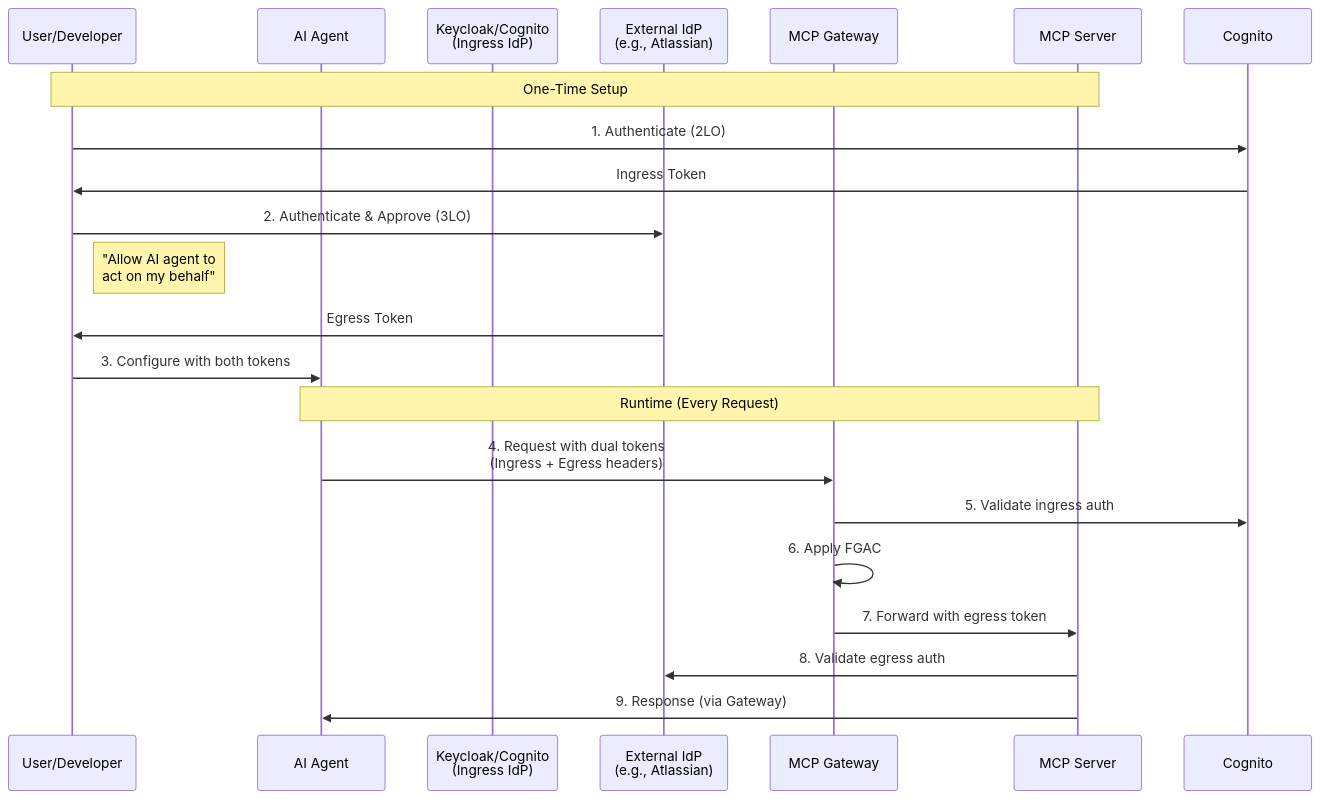
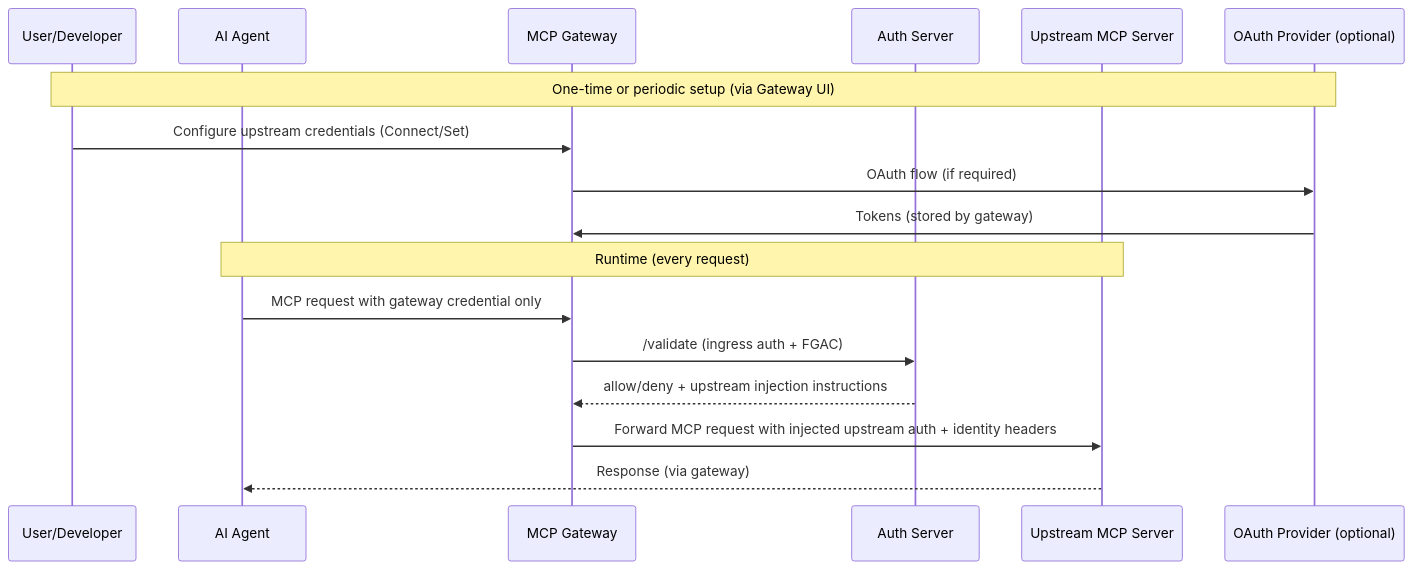
The diagram in docs/auth.md (agentic-community/mcp-gateway-registry), drawn with Mermaid before and after one commit. The commit also changed other lines of this file and 10 other files, not shown here.

````diff
--- a/docs/auth.md
+++ b/docs/auth.md
@@ -347,29 +328,21 @@
 ```mermaid
 sequenceDiagram
     participant User as User/Developer
     participant Agent as AI Agent
-    participant Auth as Keycloak/Cognito<br/>(Ingress IdP)
-    participant ExtIdP as External IdP<br/>(e.g., Atlassian)
     participant Gateway as MCP Gateway
-    participant MCPServer as MCP Server
-    
-    Note over User,MCPServer: One-Time Setup
-    
-    User->>Cognito: 1. Authenticate (2LO)
-    Cognito->>User: Ingress Token
-    
-    User->>ExtIdP: 2. Authenticate & Approve (3LO)
-    Note right of User: "Allow AI agent to<br/>act on my behalf"
-    ExtIdP->>User: Egress Token
-    
-    User->>Agent: 3. Configure with both tokens
-    
-    Note over Agent,MCPServer: Runtime (Every Request)
-    
-    Agent->>Gateway: 4. Request with dual tokens<br/>(Ingress + Egress headers)
-    Gateway->>Cognito: 5. Validate ingress auth
-    Gateway->>Gateway: 6. Apply FGAC
-    Gateway->>MCPServer: 7. Forward with egress token
-    MCPServer->>ExtIdP: 8. Validate egress auth
-    MCPServer->>Agent: 9. Response (via Gateway)
+    participant AuthServer as Auth Server
+    participant Upstream as Upstream MCP Server
+    participant Provider as OAuth Provider (optional)
+
+    Note over User,Provider: One-time or periodic setup (via Gateway UI)
+    User->>Gateway: Configure upstream credentials (Connect/Set)
+    Gateway->>Provider: OAuth flow (if required)
+    Provider->>Gateway: Tokens (stored by gateway)
+
+    Note over Agent,Upstream: Runtime (every request)
+    Agent->>Gateway: MCP request with gateway credential only
+    Gateway->>AuthServer: /validate (ingress auth + FGAC)
+    AuthServer-->>Gateway: allow/deny + upstream injection instructions
+    Gateway->>Upstream: Forward MCP request with injected upstream auth + identity headers
+    Upstream-->>Agent: Response (via gateway)
 ```
````
